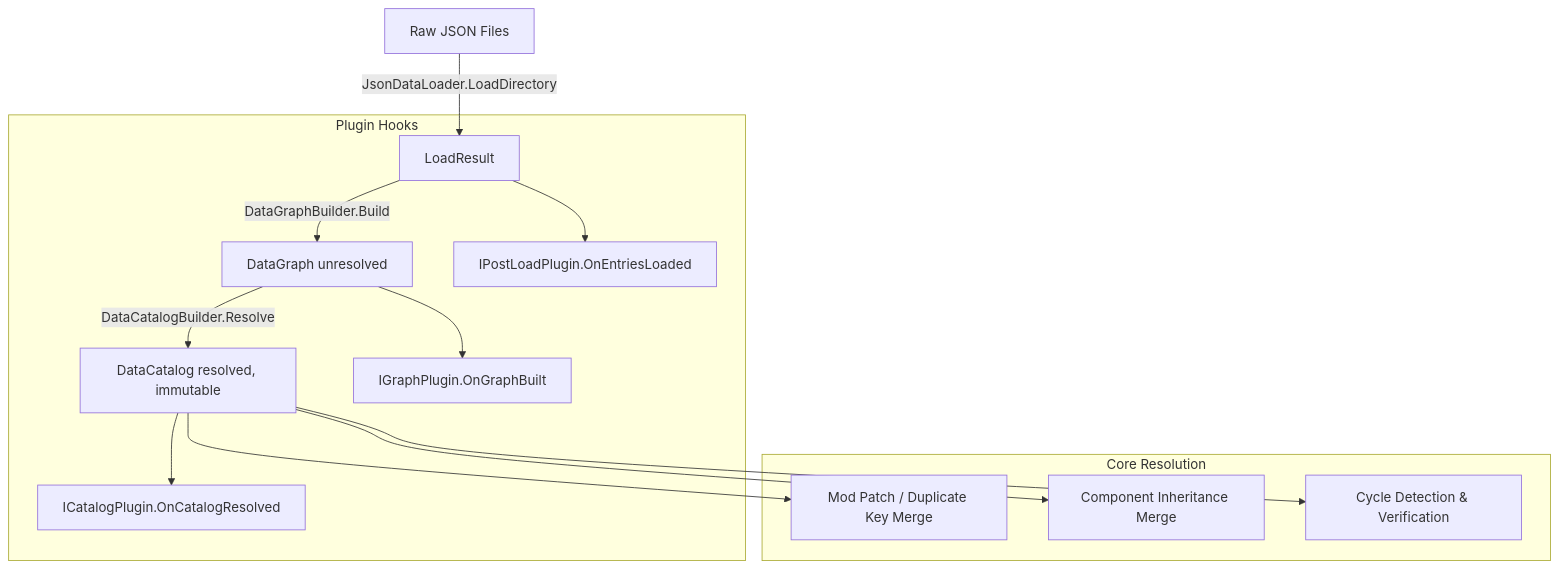
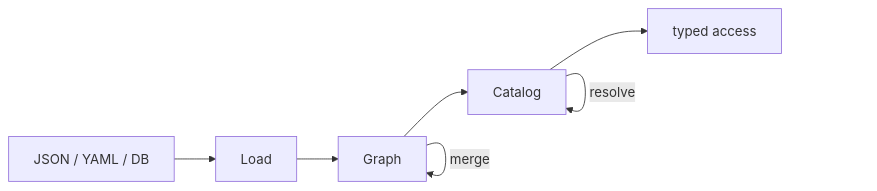
The first of 4 diagrams in README.md (fm39hz/DataCatalyst), drawn with Mermaid before and after one commit. The commit also changed other lines of this file and 1 other file, not shown here.

````diff
--- a/README.md
+++ b/README.md
@@ -57,18 +18,10 @@
 ```mermaid
-graph TD
-    A[Raw JSON Files] -->|JsonDataLoader.LoadDirectory| B[LoadResult]
-    B -->|DataGraphBuilder.Build| C[DataGraph unresolved]
-    C -->|DataCatalogBuilder.Resolve| D[DataCatalog resolved, immutable]
+graph LR
+    A[JSON / YAML / DB] --> B[Load]
+    B --> C[Graph]
+    C --> D[Catalog]
+    D --> E[typed access]
 
-    subgraph Plugin Hooks
-        B --> P1[IPostLoadPlugin.OnEntriesLoaded]
-        C --> P2[IGraphPlugin.OnGraphBuilt]
-        D --> P3[ICatalogPlugin.OnCatalogResolved]
-    end
-
-    subgraph Core Resolution
-        D --> D1[Mod Patch / Duplicate Key Merge]
-        D --> D2[Component Inheritance Merge]
-        D --> D3[Cycle Detection & Verification]
-    end
+    C -->|merge| C
+    D -->|resolve| D
 ```
````
